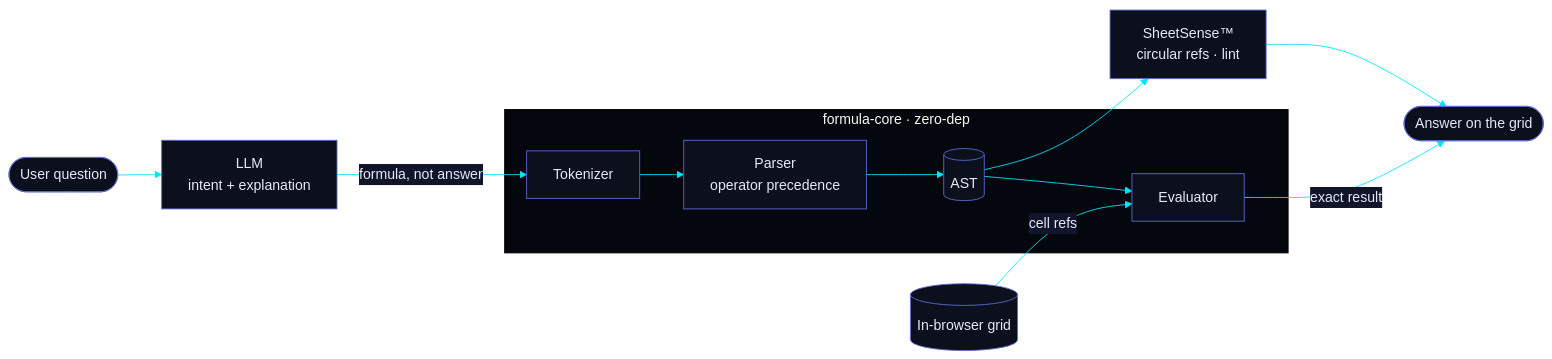
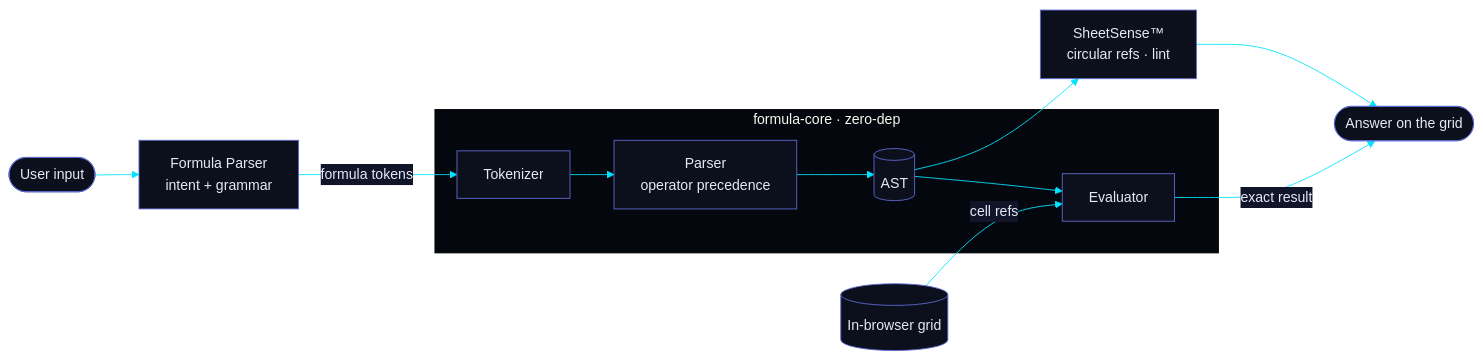
Before and after one commit to Kukzze/Kukzze: the first of 3 diagrams in README.md, drawn with Mermaid. The commit also changed other lines of this file and 6 other files, not shown here.

````diff
--- a/README.md
+++ b/README.md
@@ -82,12 +82,12 @@
 ```mermaid
 %%{init: {'theme':'base','themeVariables':{'background':'#05070e','primaryColor':'#0c101d','primaryTextColor':'#e6e9f5','primaryBorderColor':'#5e6ad2','lineColor':'#00e5ff','secondaryColor':'#10152a','tertiaryColor':'#05070e'}}}%%
 flowchart LR
-    U([User question]) --> L[LLM<br/>intent + explanation]
-    L -->|formula, not answer| T
+    U([User input]) --> P0[Formula Parser<br/>intent + grammar]
+    P0 -->|formula tokens| T
     subgraph FC [formula-core · zero-dep]
         T[Tokenizer] --> P[Parser<br/>operator precedence] --> A[(AST)] --> E[Evaluator]
     end
     G[(In-browser grid)] -- cell refs --> E
     E -- exact result --> R([Answer on the grid])
     A --> S[SheetSense™<br/>circular refs · lint] --> R
 ```
````
